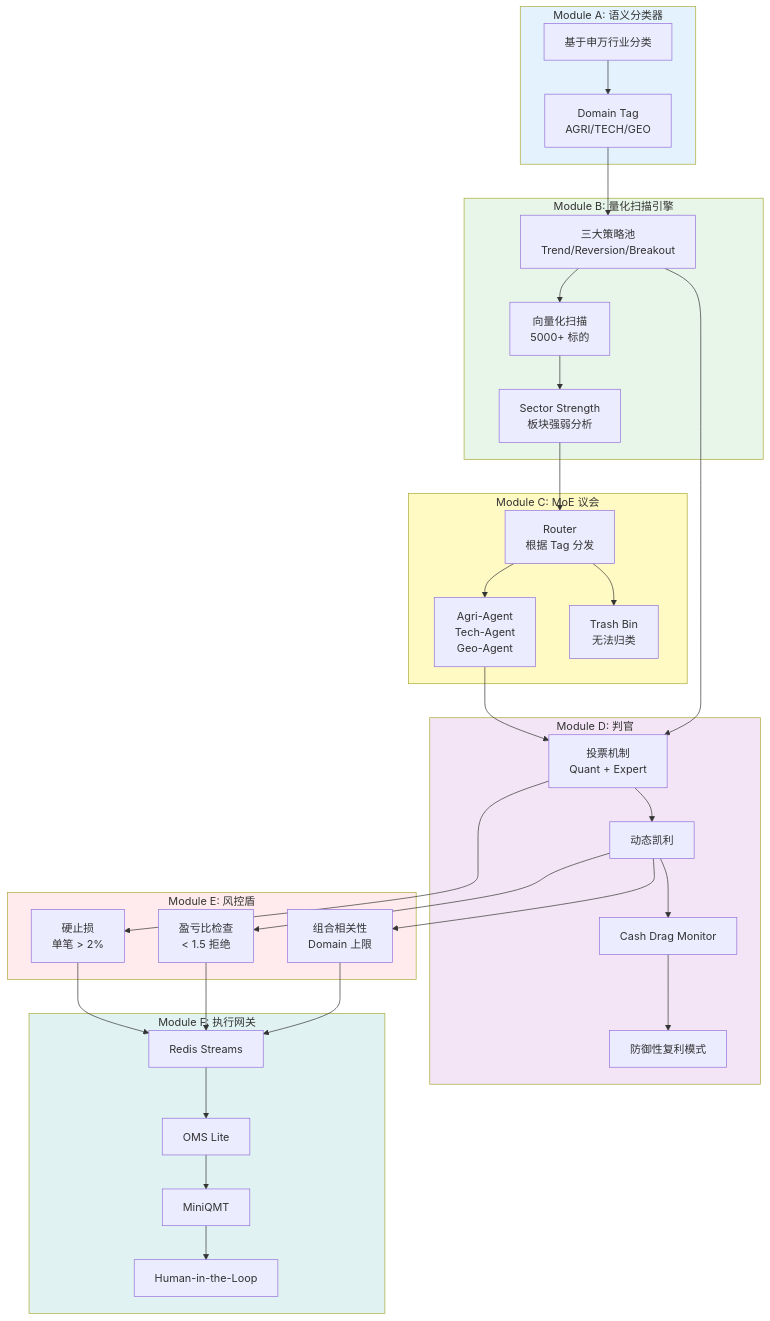
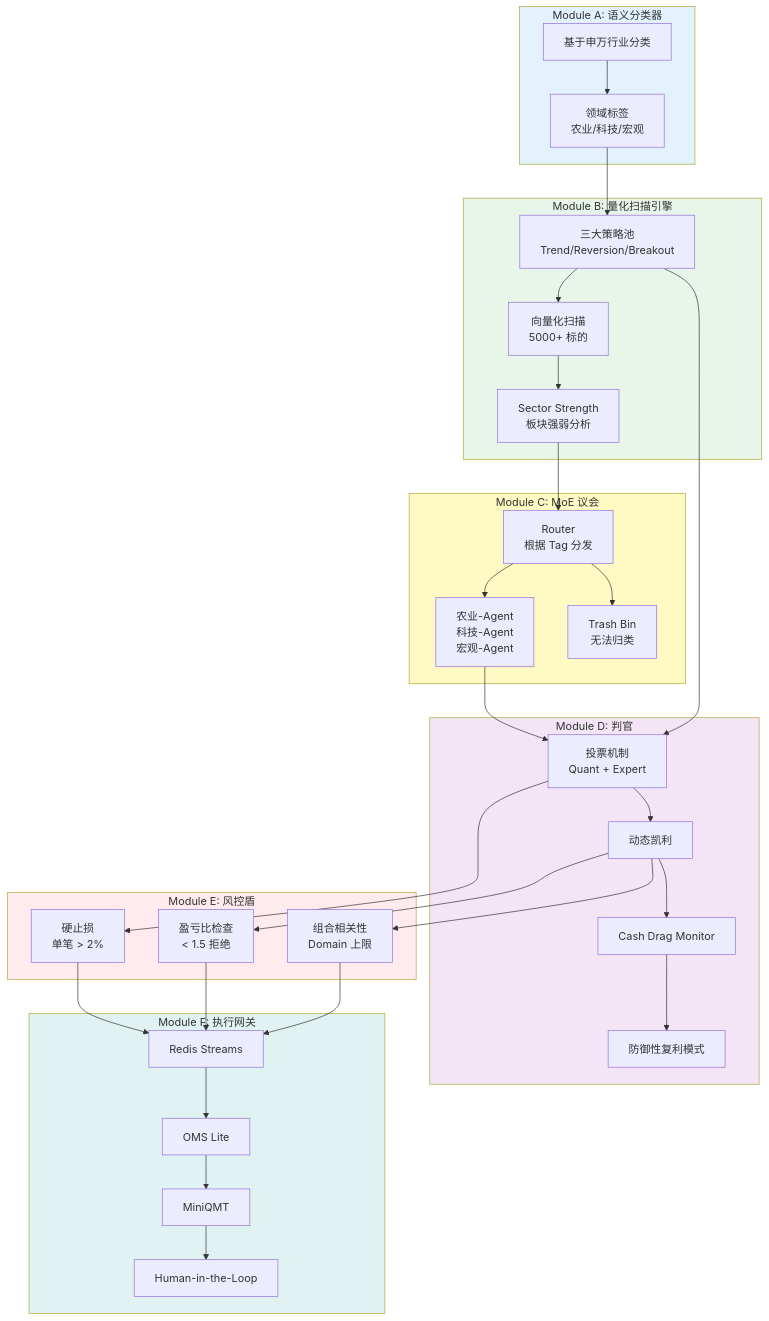
The fourth of 8 diagrams in 00_架构全景图.md (myxxhui/diting-doc), drawn with Mermaid before and after one commit. The commit also changed other lines of this file and 71 other files, not shown here.

````diff
--- a/00_架构全景图.md
+++ b/00_架构全景图.md
@@ -262,68 +262,68 @@
 ```mermaid
 flowchart TB
     subgraph ModuleA[Module A: 语义分类器]
         A1[基于申万行业分类]
-        A2[Domain Tag<br/>AGRI/TECH/GEO]
+        A2[领域标签<br/>农业/科技/宏观]
     end
     
     subgraph ModuleB[Module B: 量化扫描引擎]
         B1[三大策略池<br/>Trend/Reversion/Breakout]
         B2[向量化扫描<br/>5000+ 标的]
         B3[Sector Strength<br/>板块强弱分析]
     end
     
     subgraph ModuleC[Module C: MoE 议会]
         C1[Router<br/>根据 Tag 分发]
-        C2[Agri-Agent<br/>Tech-Agent<br/>Geo-Agent]
+        C2[农业-Agent<br/>科技-Agent<br/>宏观-Agent]
         C3[Trash Bin<br/>无法归类]
     end
     
     subgraph ModuleD[Module D: 判官]
         D1[投票机制<br/>Quant + Expert]
         D2[动态凯利]
         D3[Cash Drag Monitor]
         D4[防御性复利模式]
     end
     
     subgraph ModuleE[Module E: 风控盾]
         E1[硬止损<br/>单笔 > 2%]
         E2[盈亏比检查<br/>< 1.5 拒绝]
         E3[组合相关性<br/>Domain 上限]
     end
     
     subgraph ModuleF[Module F: 执行网关]
         F1[Redis Streams]
         F2[OMS Lite]
         F3[MiniQMT]
         F4[Human-in-the-Loop]
     end
     
     A1 --> A2
     A2 --> B1
     B1 --> B2
     B2 --> B3
     B3 --> C1
     C1 --> C2
     C1 --> C3
     C2 --> D1
     B1 --> D1
     D1 --> D2
     D2 --> D3
     D3 --> D4
     D1 --> E1
     D2 --> E2
     D2 --> E3
     E1 --> F1
     E2 --> F1
     E3 --> F1
     F1 --> F2
     F2 --> F3
     F3 --> F4
     
     style ModuleA fill:#e3f2fd
     style ModuleB fill:#e8f5e9
     style ModuleC fill:#fff9c4
     style ModuleD fill:#f3e5f5
     style ModuleE fill:#ffebee
     style ModuleF fill:#e0f2f1
 ```
````
